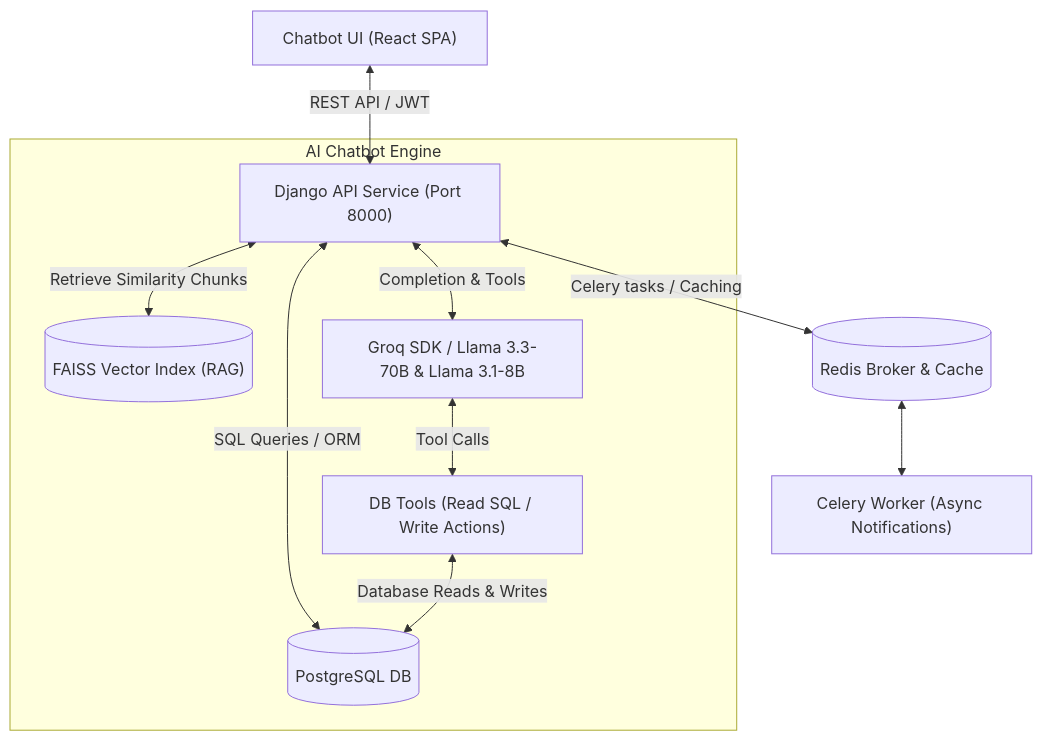
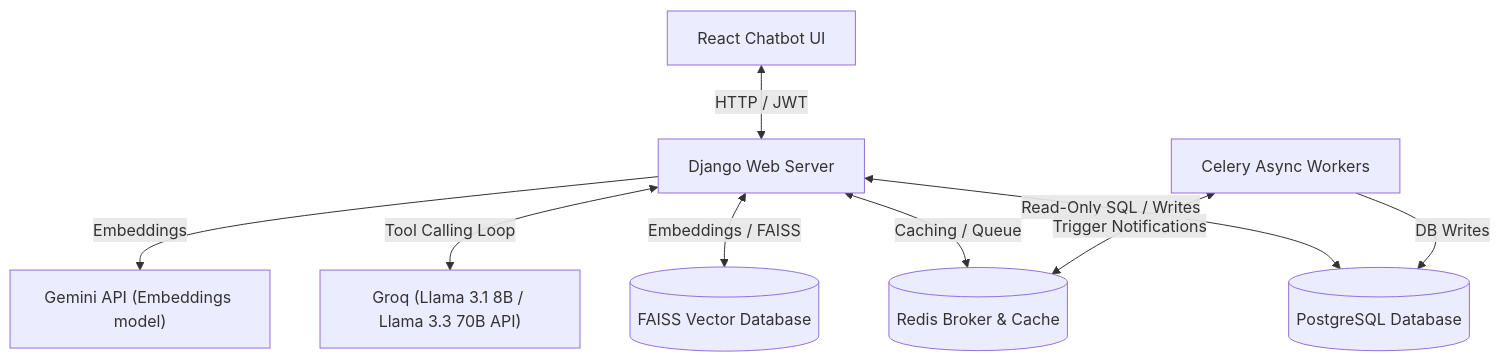
The diagram in README.md (khushiiik/task-manager-api), drawn with Mermaid before and after one commit. The commit also changed other lines of this file, not shown here.

Commit message:
docs: update architecture diagram and simplify data seeding command in README

````diff
--- a/README.md
+++ b/README.md
@@ -13,14 +11,11 @@
 ```mermaid
 graph TD
-    Client["Chatbot UI (React SPA)"] <-->|REST API / JWT| Backend["Django API Service (Port 8000)"]
-    Backend <-->|SQL Queries / ORM| DB[("PostgreSQL DB")]
-    Backend <-->|Celery tasks / Caching| Redis[("Redis Broker & Cache")]
-    Redis <--> Celery["Celery Worker (Async Notifications)"]
-    
-    subgraph AI Chatbot Engine
-        Backend <-->|Retrieve Similarity Chunks| FAISS[("FAISS Vector Index (RAG)")]
-        Backend <-->|Completion & Tools| LLM["Groq SDK / Llama 3.3-70B & Llama 3.1-8B"]
-        LLM <-->|Tool Calls| Tools["DB Tools (Read SQL / Write Actions)"]
-        Tools <-->|Database Reads & Writes| DB
-    end
+    Client[React Chatbot UI] <-->|HTTP / JWT| Django[Django Web Server]
+    Django <-->|Read-Only SQL / Writes| Postgres[(PostgreSQL Database)]
+    Django <-->|Embeddings / FAISS| VectorDB[(FAISS Vector Database)]
+    Django <-->|Caching / Queue| Redis[(Redis Broker & Cache)]
+    Celery[Celery Async Workers] <-->|Trigger Notifications| Redis
+    Celery -->|DB Writes| Postgres
+    Django <-->|Tool Calling Loop| GroqAPI["Groq (Llama 3.1 8B / Llama 3.3 70B API)"]
+    Django -->|Embeddings| GeminiAPI["Gemini API (Embeddings model)"]
 ```
````
